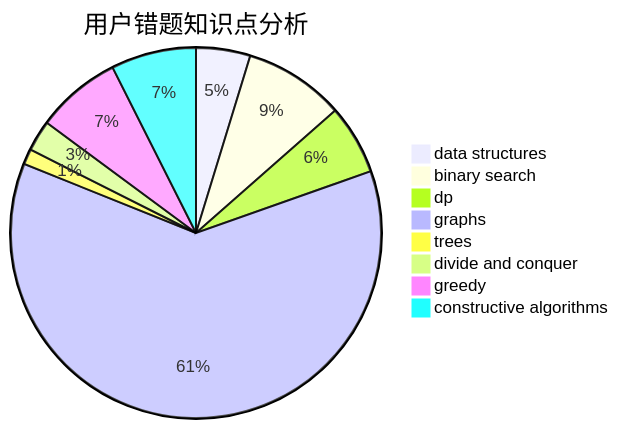
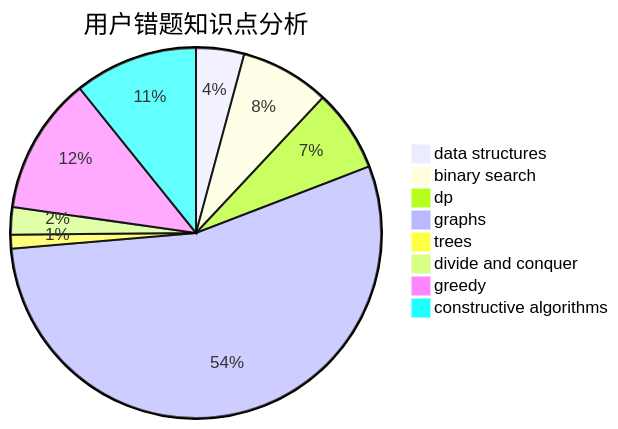
Before and after one commit to sherpahu/cfrs.github.io: the third of 3 diagrams in docs/user/u1738.md, drawn with Mermaid. The commit also changed other lines of this file and 2770 other files, not shown here.

````diff
--- a/docs/user/u1738.md
+++ b/docs/user/u1738.md
@@ -36,11 +36,11 @@
 ```mermaid
 pie title 用户错题知识点分析
     "data structures" :  7
     "binary search" :  13
-    "dp" :  9
+    "dp" :  12
     "graphs" :  91
     "trees" :  2
     "divide and conquer" :  4
-    "greedy" :  11
-    "constructive algorithms" :  11
+    "greedy" :  20
+    "constructive algorithms" :  18
 ```
````
